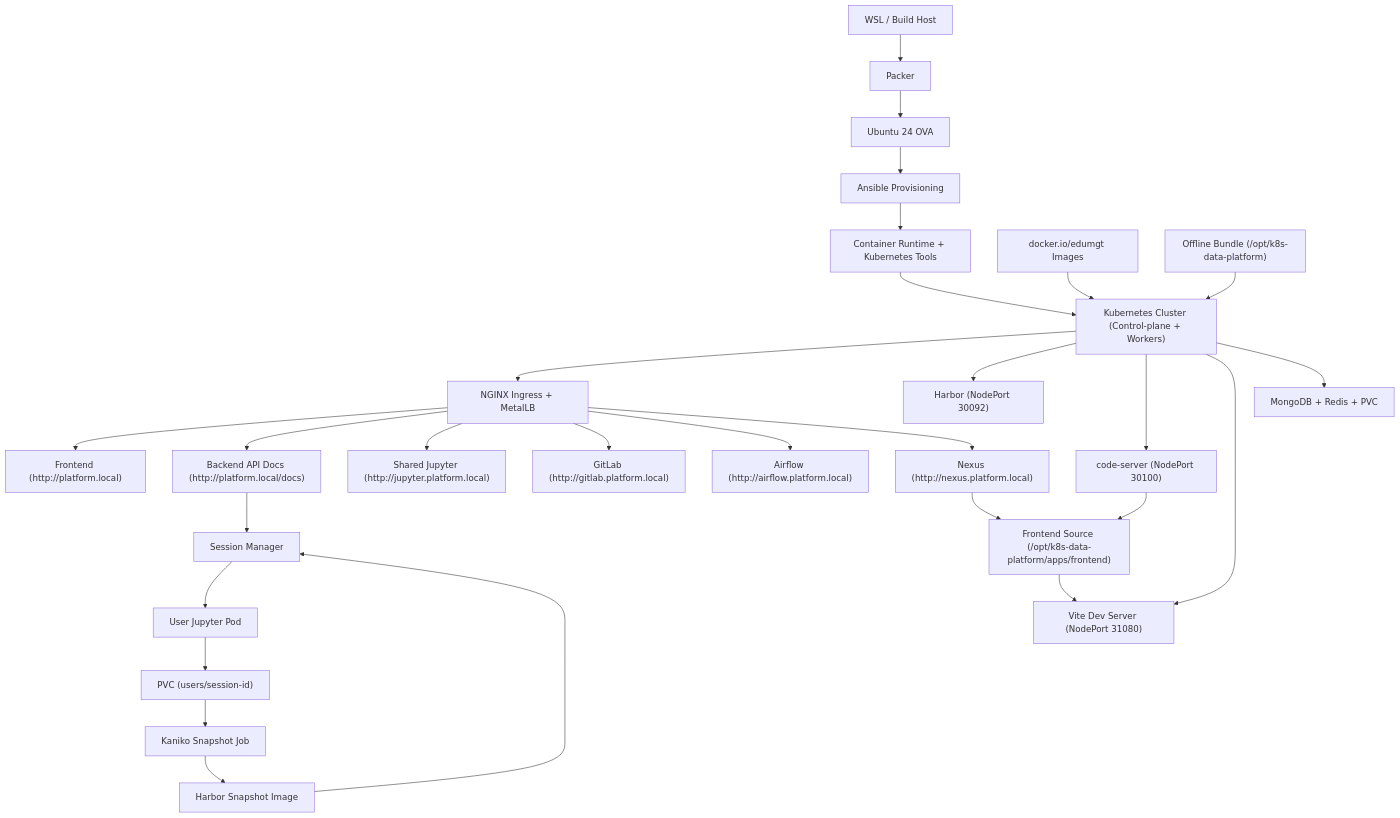
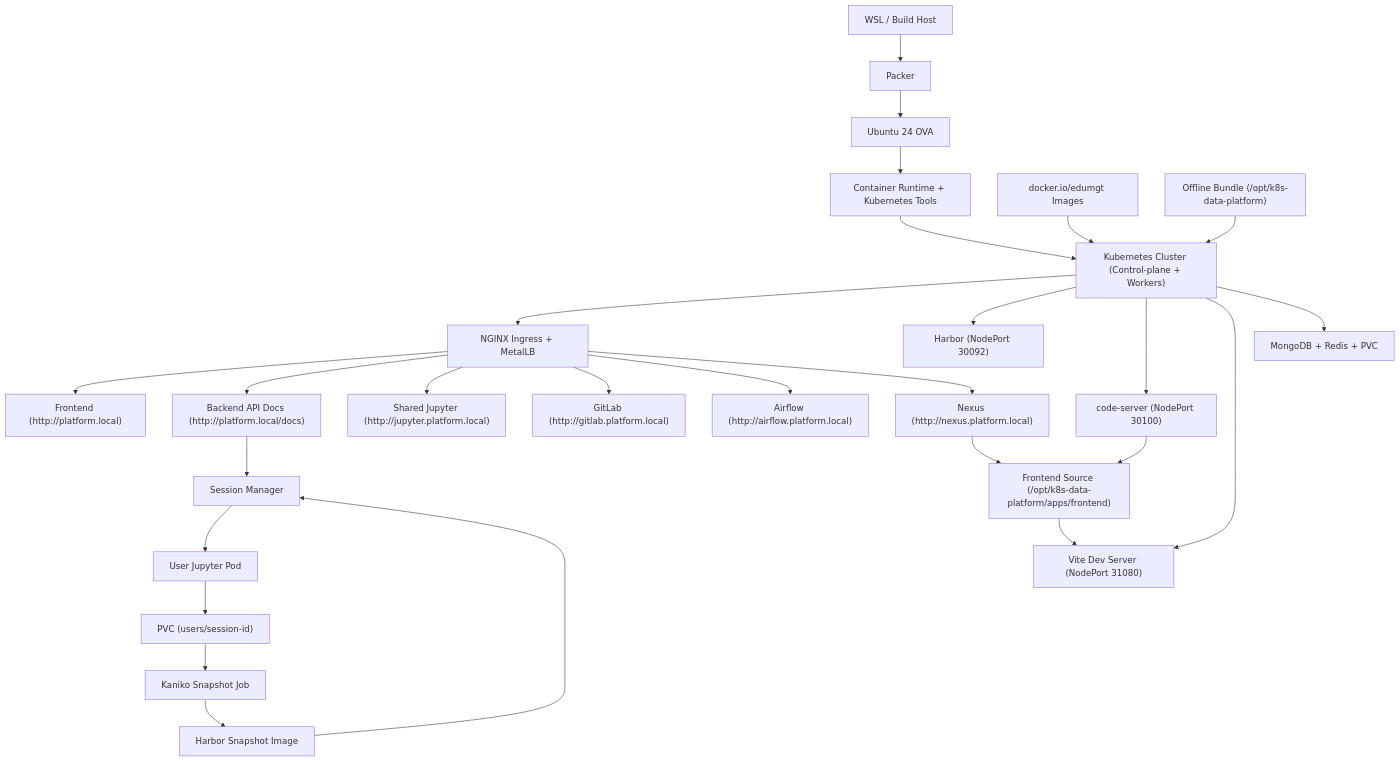
The first of 10 diagrams in README.md (edumgt/Kubernetes-Jupyter-Sandbox), drawn with Mermaid before and after one commit. The commit also changed other lines of this file and 24 other files, not shown here.

````diff
--- a/README.md
+++ b/README.md
@@ -175,38 +174,37 @@
 ```mermaid
 flowchart TD
   A["WSL / Build Host"] --> B["Packer"]
   B --> C["Ubuntu 24 OVA"]
-  C --> D["Ansible Provisioning"]
-  D --> E["Container Runtime + Kubernetes Tools"]
+  C --> E["Container Runtime + Kubernetes Tools"]
   E --> F["Kubernetes Cluster (Control-plane + Workers)"]
 
   %% Services
   F --> GN["NGINX Ingress + MetalLB"]
   GN --> G["Frontend (http://platform.local)"]
   GN --> H["Backend API Docs (http://platform.local/docs)"]
   GN --> I["Shared Jupyter (http://jupyter.platform.local)"]
   GN --> J["GitLab (http://gitlab.platform.local)"]
   GN --> K["Airflow (http://airflow.platform.local)"]
   GN --> T["Nexus (http://nexus.platform.local)"]
   F --> U["Harbor (NodePort 30092)"]
   F --> V["code-server (NodePort 30100)"]
   F --> W["Vite Dev Server (NodePort 31080)"]
   F --> L["MongoDB + Redis + PVC"]
 
   %% Jupyter workflow
   H --> M["Session Manager"]
   M --> N["User Jupyter Pod"]
   N --> O["PVC (users/session-id)"]
   O --> P["Kaniko Snapshot Job"]
   P --> Q["Harbor Snapshot Image"]
   Q --> M
 
   %% External sources
   R["docker.io/edumgt Images"] --> F
   S["Offline Bundle (/opt/k8s-data-platform)"] --> F
 
   %% FE dev
   V --> X["Frontend Source (/opt/k8s-data-platform/apps/frontend)"]
   X --> W
   T --> X
 ```
````
